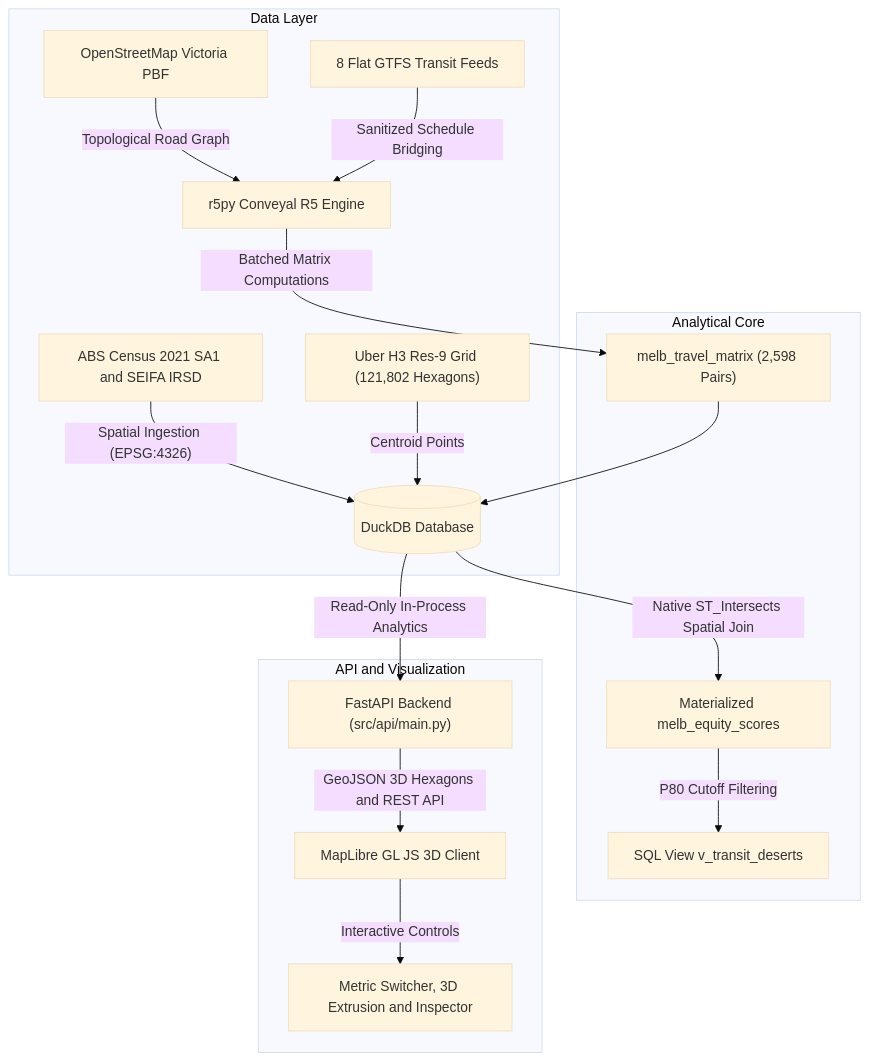
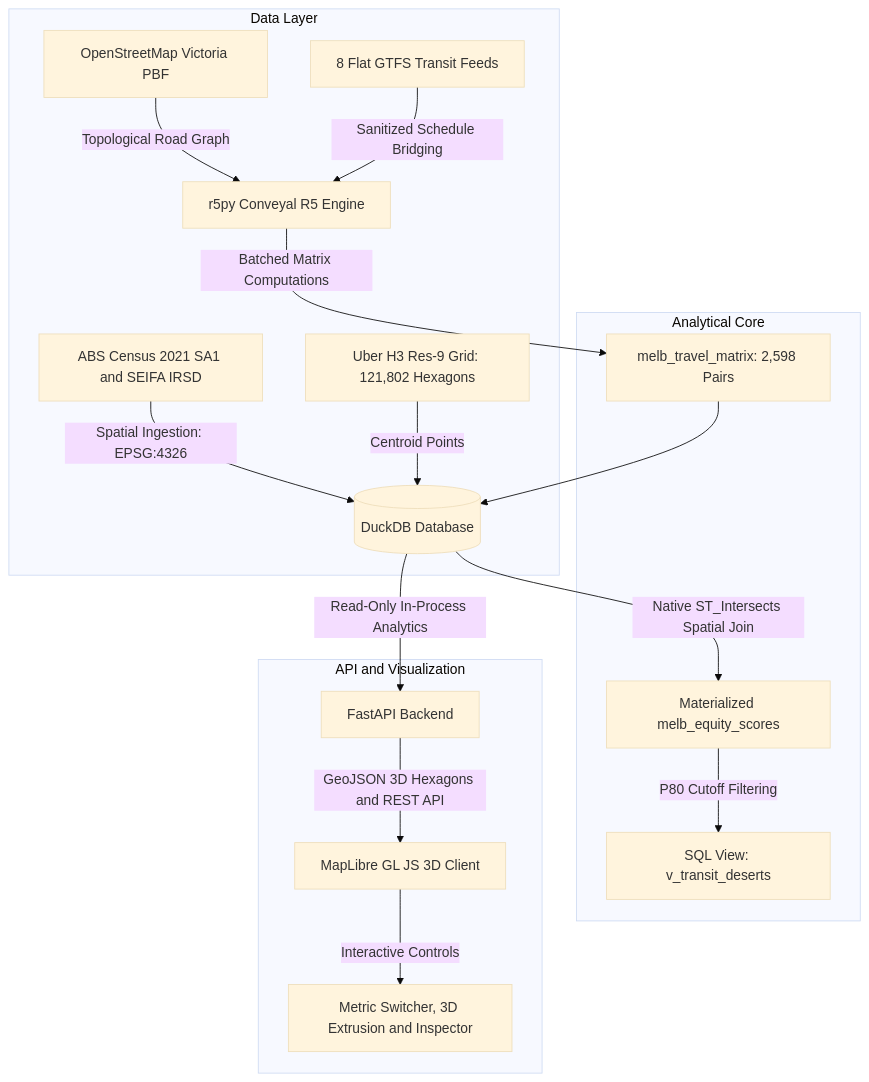
The diagram in README.md (SharlEclair/transit-desert-platform), drawn with Mermaid (base theme) before and after one commit.

Commit message:
docs: fix Mermaid subgraph quoting for GitHub Markdown compatibility

````diff
--- a/README.md
+++ b/README.md
@@ -30,22 +30,22 @@
 ```mermaid
 graph TD
-    subgraph Data Layer
-        A1["ABS Census 2021 SA1 and SEIFA IRSD"] -->|"Spatial Ingestion (EPSG:4326)"| D[("DuckDB Database")]
+    subgraph "Data Layer"
+        A1["ABS Census 2021 SA1 and SEIFA IRSD"] -->|"Spatial Ingestion: EPSG:4326"| D[("DuckDB Database")]
         A2["OpenStreetMap Victoria PBF"] -->|"Topological Road Graph"| R5["r5py Conveyal R5 Engine"]
         A3["8 Flat GTFS Transit Feeds"] -->|"Sanitized Schedule Bridging"| R5
-        A4["Uber H3 Res-9 Grid (121,802 Hexagons)"] -->|"Centroid Points"| D
+        A4["Uber H3 Res-9 Grid: 121,802 Hexagons"] -->|"Centroid Points"| D
     end
 
-    subgraph Analytical Core
-        R5 -->|"Batched Matrix Computations"| TM["melb_travel_matrix (2,598 Pairs)"]
+    subgraph "Analytical Core"
+        R5 -->|"Batched Matrix Computations"| TM["melb_travel_matrix: 2,598 Pairs"]
         TM --> D
         D -->|"Native ST_Intersects Spatial Join"| EQ["Materialized melb_equity_scores"]
-        EQ -->|"P80 Cutoff Filtering"| VD["SQL View v_transit_deserts"]
+        EQ -->|"P80 Cutoff Filtering"| VD["SQL View: v_transit_deserts"]
     end
 
-    subgraph API and Visualization
-        D -->|"Read-Only In-Process Analytics"| API["FastAPI Backend (src/api/main.py)"]
+    subgraph "API and Visualization"
+        D -->|"Read-Only In-Process Analytics"| API["FastAPI Backend"]
         API -->|"GeoJSON 3D Hexagons and REST API"| UI["MapLibre GL JS 3D Client"]
         UI -->|"Interactive Controls"| UX["Metric Switcher, 3D Extrusion and Inspector"]
     end
 ```
````
